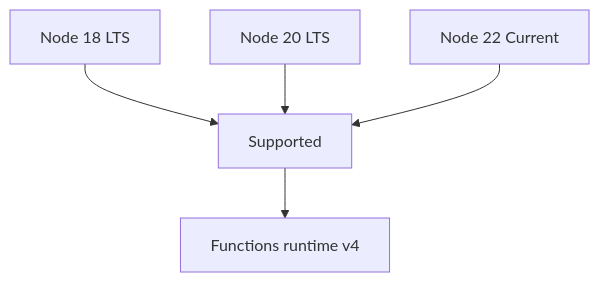
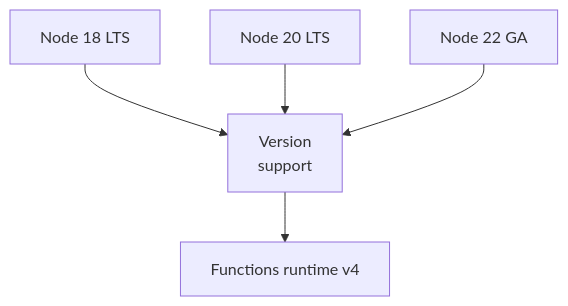
One commit to yeongseon/azure-functions-practical-guide changed the diagram in docs/language-guides/nodejs/nodejs-runtime.md. Above: the diagram before and after it, drawn with Mermaid. The commit also changed other lines of this file and 2 other files, not shown here.

Commit message:
docs(diagrams): migrate Functions nodejs runtime — nodejs runtime and v4 programming model (#413)
* docs(diagrams): clarify Node.js version support

Co-authored-by  sisyphus-dev-ai <sisyphus-dev-ai@users.noreply.github.com>
Refs  #233

* docs(diagrams): improve v4 registration flow legibility

Co-authored-by  sisyphus-dev-ai <sisyphus-dev-ai@users.noreply.github.com>
Refs  #233

````diff
--- a/docs/language-guides/nodejs/nodejs-runtime.md
+++ b/docs/language-guides/nodejs/nodejs-runtime.md
@@ -28,7 +29,9 @@
 ```mermaid
 flowchart TD
-    A[Node 18 LTS] --> D[Supported]
+    accTitle: Node.js versions and Functions runtime v4
+    accDescr: Compatibility reading map linking the depicted Node 18, Node 20 and Node 22 versions to version support and Functions runtime v4. Node 18 and 20 are historical entries, not currently supported versions; consult the adjacent support qualification.
+    A[Node 18 LTS] --> D["Version<br/>support"]
     B[Node 20 LTS] --> D
-    C[Node 22 Current] --> D
+    C[Node 22 GA] --> D
     D --> E[Functions runtime v4]
 ```
````
